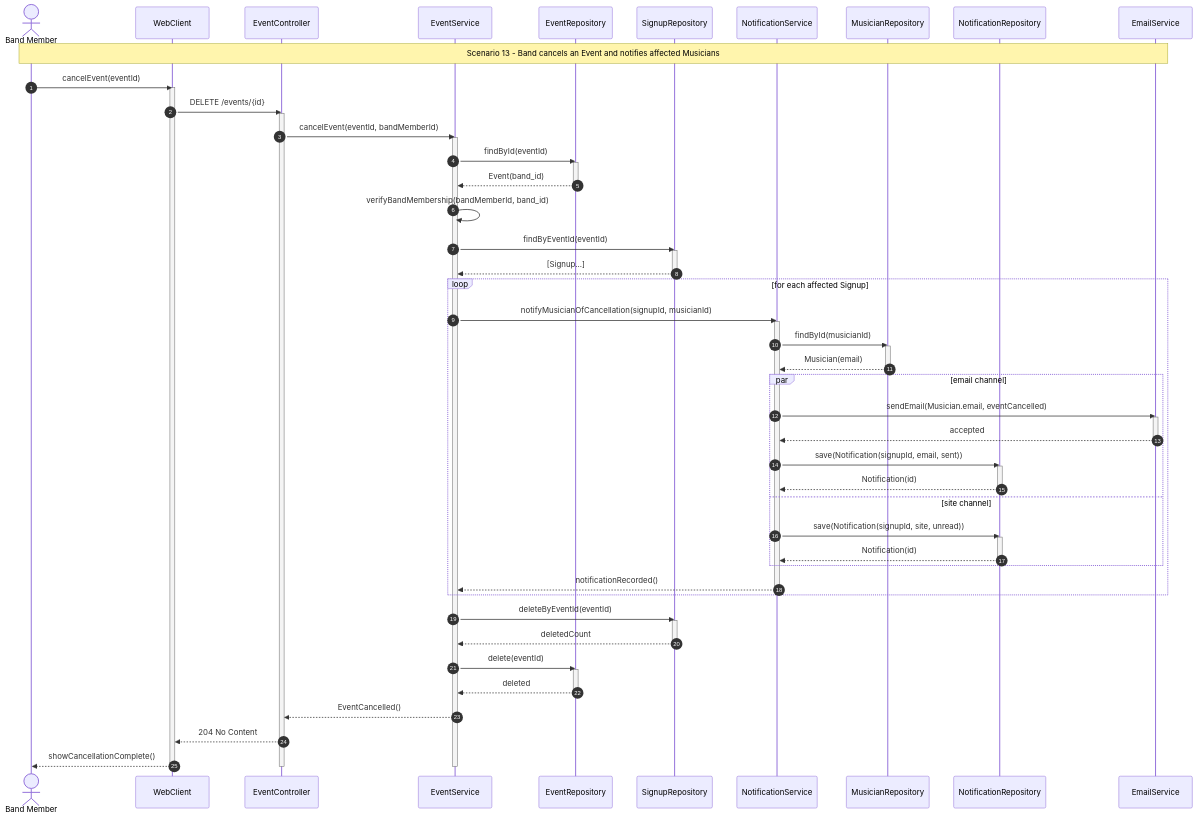
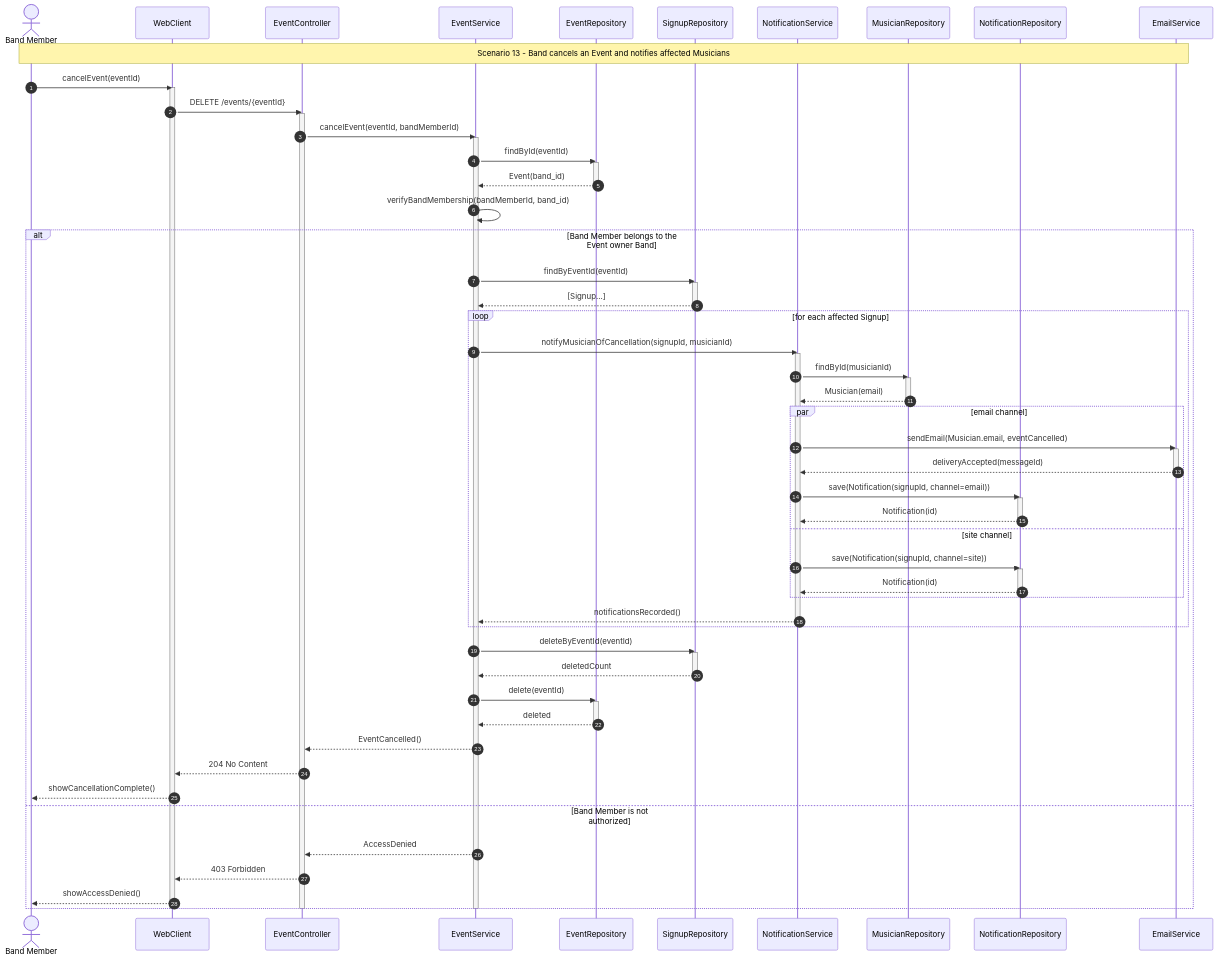
The diagram in 3-sequence/diagrams/scenario-13-cancel-event-with-signups.mmd (therealsunfl0wer/SMRA-labs), drawn with Mermaid before and after one commit.

Commit message:
ai: align Event cancellation sequence with notification ordering

```diff
--- a/3-sequence/diagrams/scenario-13-cancel-event-with-signups.mmd
+++ b/3-sequence/diagrams/scenario-13-cancel-event-with-signups.mmd
@@ -1,67 +1,73 @@
 sequenceDiagram
     autonumber
     actor BM as Band Member
     participant UI as WebClient
     participant API as EventController
     participant ES as EventService
     participant ER as EventRepository
     participant SR as SignupRepository
     participant NS as NotificationService
     participant MR as MusicianRepository
     participant NR as NotificationRepository
     participant Email as EmailService
     Note over BM,Email: Scenario 13 - Band cancels an Event and notifies affected Musicians
     BM->>UI: cancelEvent(eventId)
     activate UI
-    UI->>API: DELETE /events/{id}
+    UI->>API: DELETE /events/{eventId}
     activate API
     API->>ES: cancelEvent(eventId, bandMemberId)
     activate ES
     ES->>ER: findById(eventId)
     activate ER
     ER-->>ES: Event(band_id)
     deactivate ER
     ES->>ES: verifyBandMembership(bandMemberId, band_id)
-    ES->>SR: findByEventId(eventId)
-    activate SR
-    SR-->>ES: [Signup...]
-    deactivate SR
-    loop for each affected Signup
-        ES->>NS: notifyMusicianOfCancellation(signupId, musicianId)
-        activate NS
-        NS->>MR: findById(musicianId)
-        activate MR
-        MR-->>NS: Musician(email)
-        deactivate MR
-        par email channel
-            NS->>Email: sendEmail(Musician.email, eventCancelled)
-            activate Email
-            Email-->>NS: accepted
-            deactivate Email
-            NS->>NR: save(Notification(signupId, email, sent))
-            activate NR
-            NR-->>NS: Notification(id)
-            deactivate NR
-        and site channel
-            NS->>NR: save(Notification(signupId, site, unread))
-            activate NR
-            NR-->>NS: Notification(id)
-            deactivate NR
+    alt Band Member belongs to the Event owner Band
+        ES->>SR: findByEventId(eventId)
+        activate SR
+        SR-->>ES: [Signup...]
+        deactivate SR
+        loop for each affected Signup
+            ES->>NS: notifyMusicianOfCancellation(signupId, musicianId)
+            activate NS
+            NS->>MR: findById(musicianId)
+            activate MR
+            MR-->>NS: Musician(email)
+            deactivate MR
+            par email channel
+                NS->>Email: sendEmail(Musician.email, eventCancelled)
+                activate Email
+                Email-->>NS: deliveryAccepted(messageId)
+                deactivate Email
+                NS->>NR: save(Notification(signupId, channel=email))
+                activate NR
+                NR-->>NS: Notification(id)
+                deactivate NR
+            and site channel
+                NS->>NR: save(Notification(signupId, channel=site))
+                activate NR
+                NR-->>NS: Notification(id)
+                deactivate NR
+            end
+            NS-->>ES: notificationsRecorded()
+            deactivate NS
         end
-        NS-->>ES: notificationRecorded()
-        deactivate NS
+        ES->>SR: deleteByEventId(eventId)
+        activate SR
+        SR-->>ES: deletedCount
+        deactivate SR
+        ES->>ER: delete(eventId)
+        activate ER
+        ER-->>ES: deleted
+        deactivate ER
+        ES-->>API: EventCancelled()
+        API-->>UI: 204 No Content
+        UI-->>BM: showCancellationComplete()
+    else Band Member is not authorized
+        ES-->>API: AccessDenied
+        API-->>UI: 403 Forbidden
+        UI-->>BM: showAccessDenied()
     end
-    ES->>SR: deleteByEventId(eventId)
-    activate SR
-    SR-->>ES: deletedCount
-    deactivate SR
-    ES->>ER: delete(eventId)
-    activate ER
-    ER-->>ES: deleted
-    deactivate ER
-    ES-->>API: EventCancelled()
-    API-->>UI: 204 No Content
-    UI-->>BM: showCancellationComplete()
     deactivate ES
     deactivate API
     deactivate UI
```
